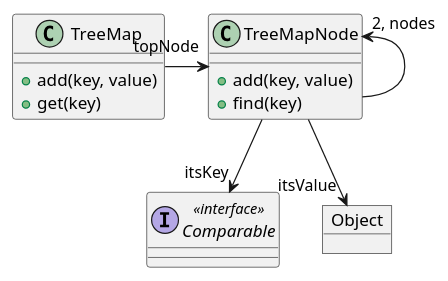
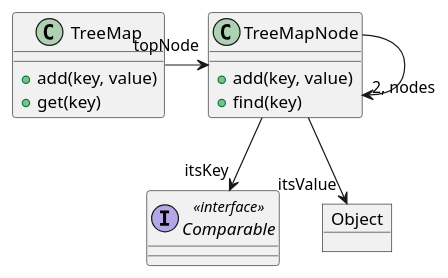
The diagram in Chater 1/Figure_1.2.puml (JongSeob/Draw-UML-in-UML-for-JAVA), drawn with PlantUML before and after one commit. The commit also changed 9 other files, not shown here.

Commit message:
add Chapter 8 and update pumls for pretty diagram

```diff
--- a/Chater 1/Figure_1.2.puml
+++ b/Chater 1/Figure_1.2.puml
@@ -1,26 +1,28 @@
 @startuml Figure_1.2
 ' TreeMap_ClassDiagram
 class TreeMap{
     + add(key, value)
     + get(key)
 }
 
 class TreeMapNode{
     + add(key, value)
     + find(key)
 }
 
 interface Comparable <<interface>> {
 
 }
 
 object Object
 
-TreeMap -right-> "topNode" TreeMapNode
+' ->  : horizontal
+' --> : vertical
+TreeMap -> "topNode" TreeMapNode
 
-TreeMapNode -up-> "2, nodes" TreeMapNode
+TreeMapNode --> "2, nodes" TreeMapNode
 
-TreeMapNode -down-> "itsValue" Object
-TreeMapNode -down-> "itsKey"   Comparable
+TreeMapNode --> "itsValue" Object
+TreeMapNode --> "itsKey"   Comparable
 
 @enduml
```
